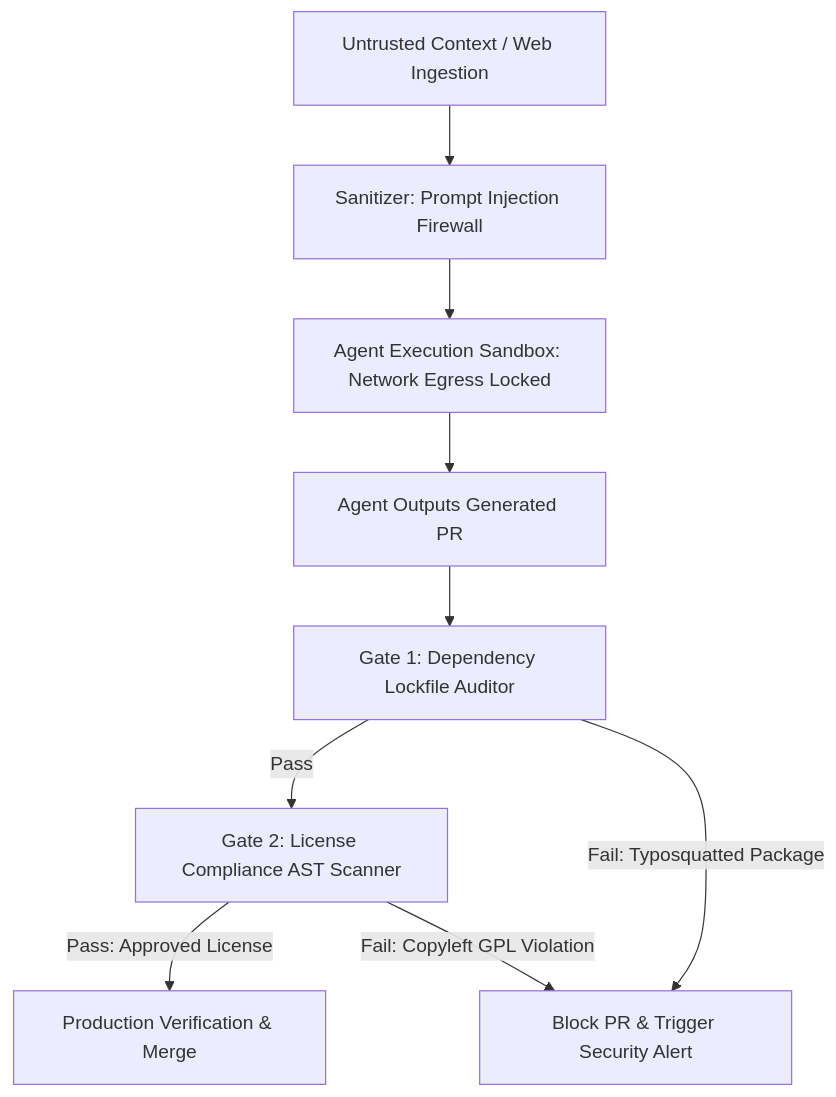
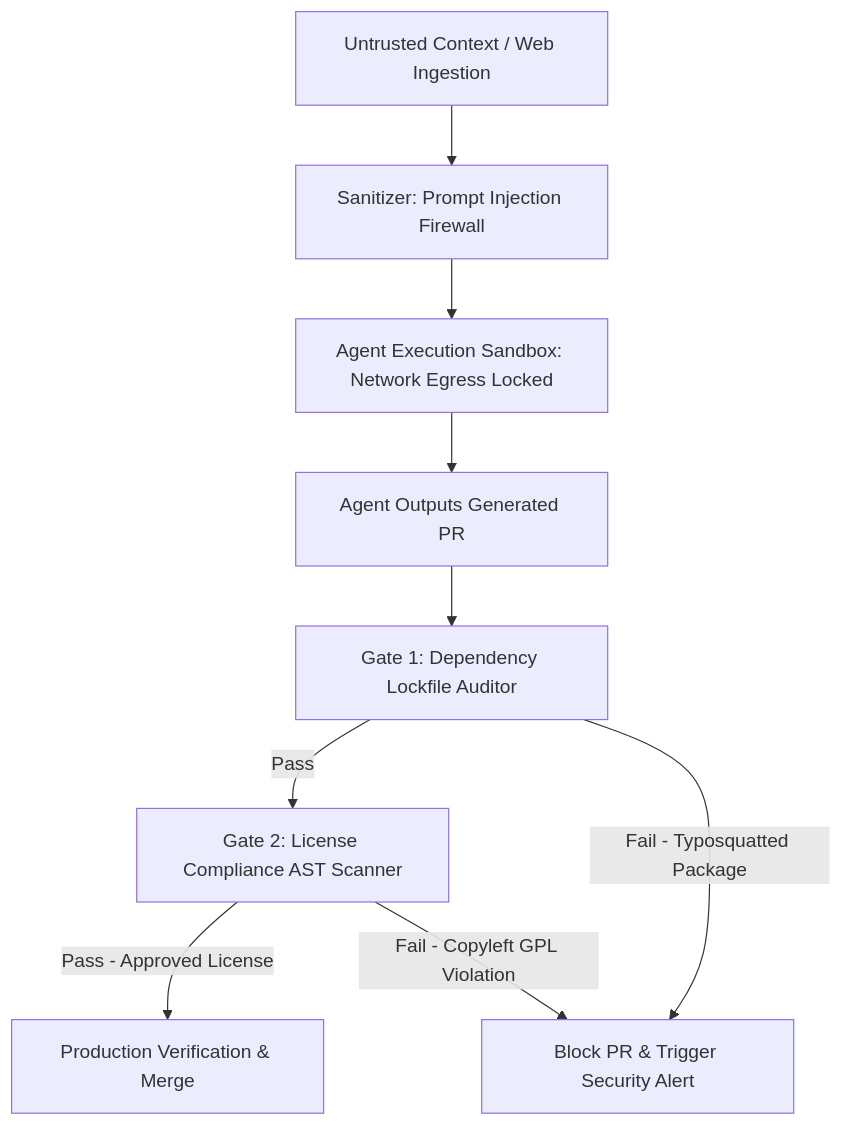
The diagram in blog/posts/tech-lead-security-supply-chain-ip-governance-ai-codebases.md (akmalkhaniub/akmalkhaniub.github.io), drawn with Mermaid before and after one commit. The commit also changed 411 other files, not shown here.

````diff
--- a/blog/posts/tech-lead-security-supply-chain-ip-governance-ai-codebases.md
+++ b/blog/posts/tech-lead-security-supply-chain-ip-governance-ai-codebases.md
@@ -19,11 +19,11 @@
 ```mermaid
-graph TD
+flowchart TD
   A[Untrusted Context / Web Ingestion] --> B[Sanitizer: Prompt Injection Firewall]
   B --> C[Agent Execution Sandbox: Network Egress Locked]
   C --> D[Agent Outputs Generated PR]
   D --> E[Gate 1: Dependency Lockfile Auditor]
   E -->|Pass| F[Gate 2: License Compliance AST Scanner]
-  E -->|Fail: Typosquatted Package| X[Block PR & Trigger Security Alert]
-  F -->|Pass: Approved License| G[Production Verification & Merge]
-  F -->|Fail: Copyleft GPL Violation| X
+  E -->|Fail - Typosquatted Package| X[Block PR & Trigger Security Alert]
+  F -->|Pass - Approved License| G[Production Verification & Merge]
+  F -->|Fail - Copyleft GPL Violation| X
 ```
````
